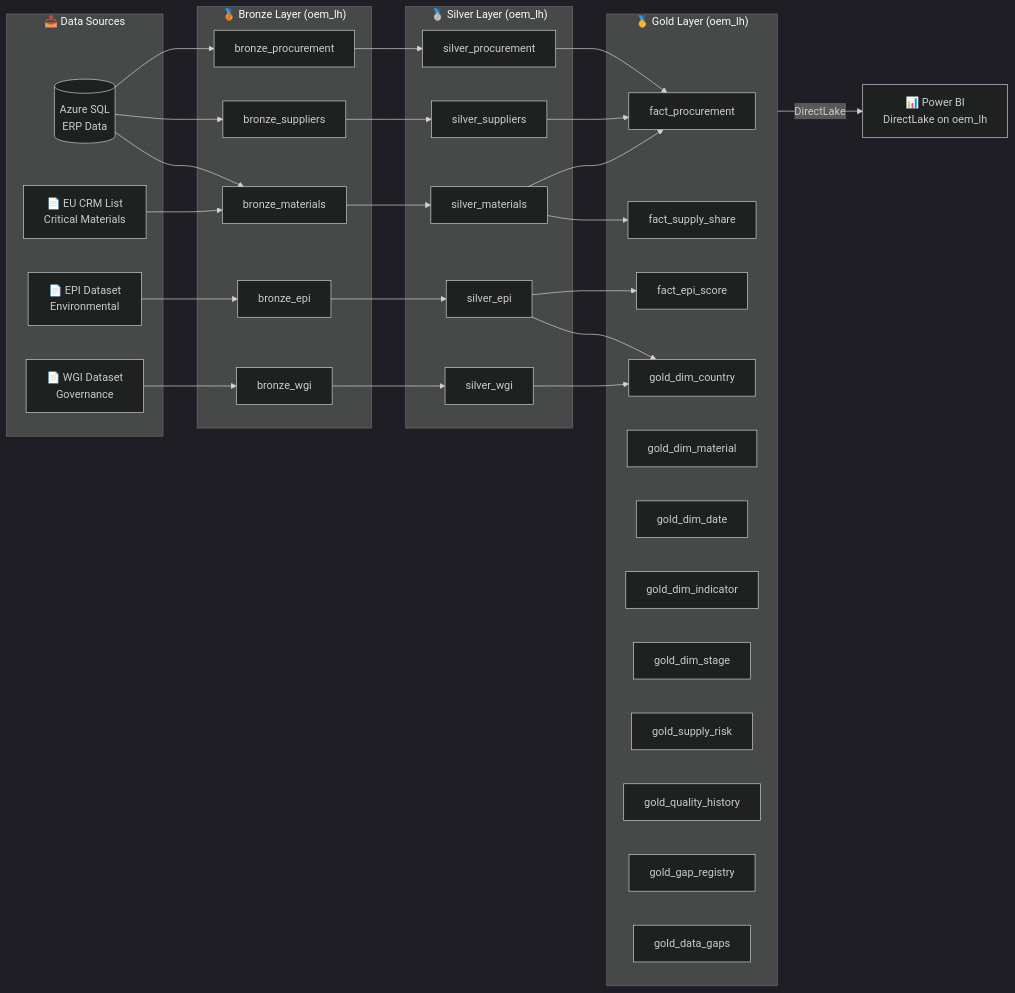
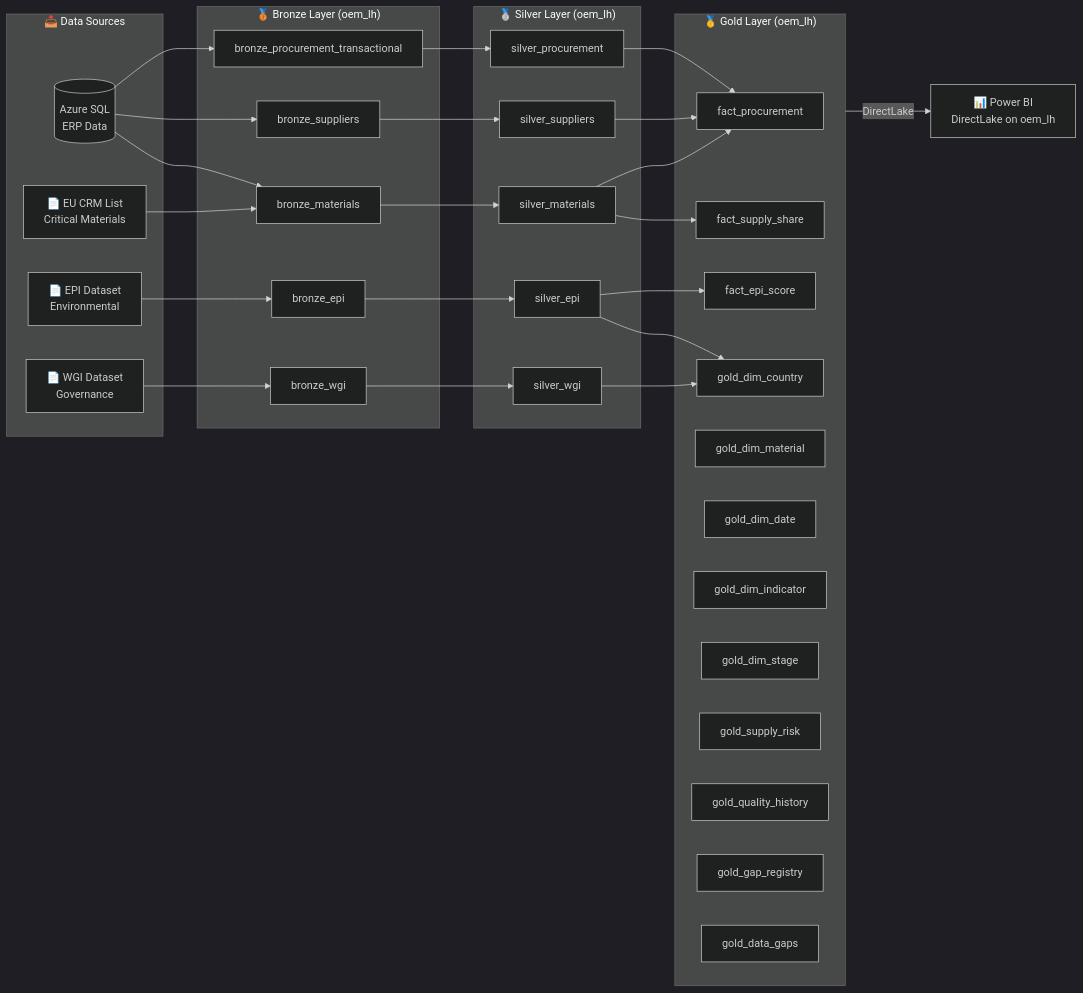
One commit to erikemilsson/OEMMatInsightBI changed the diagram in README.md. Above: the diagram before and after it, drawn with Mermaid (dark theme). The commit also changed 19 other files, not shown here.

````diff
--- a/README.md
+++ b/README.md
@@ -75,58 +75,58 @@
 ```mermaid
 flowchart LR
     subgraph Sources["📥 Data Sources"]
         AZ[(Azure SQL<br/>ERP Data)]
         EPI[📄 EPI Dataset<br/>Environmental]
         WGI[📄 WGI Dataset<br/>Governance]
         CRM[📄 EU CRM List<br/>Critical Materials]
     end
 
     subgraph Bronze["🥉 Bronze Layer (oem_lh)"]
-        B1[bronze_procurement]
+        B1[bronze_procurement_transactional]
         B2[bronze_suppliers]
         B3[bronze_materials]
         B4[bronze_epi]
         B5[bronze_wgi]
     end
 
     subgraph Silver["🥈 Silver Layer (oem_lh)"]
         S1[silver_procurement]
         S2[silver_suppliers]
         S3[silver_materials]
         S4[silver_epi]
         S5[silver_wgi]
     end
 
     subgraph Gold["🥇 Gold Layer (oem_lh)"]
         F1[fact_procurement]
         F2[fact_supply_share]
         F3[fact_epi_score]
         D1[gold_dim_country]
         D2[gold_dim_material]
         D3[gold_dim_date]
         D4[gold_dim_indicator]
         D5[gold_dim_stage]
         SR[gold_supply_risk]
         QH[gold_quality_history]
         GR[gold_gap_registry]
         DG[gold_data_gaps]
     end
 
     AZ --> B1 & B2 & B3
     EPI --> B4
     WGI --> B5
     CRM --> B3
 
     B1 --> S1
     B2 --> S2
     B3 --> S3
     B4 --> S4
     B5 --> S5
 
     S1 & S2 & S3 --> F1
     S3 --> F2
     S4 & S5 --> D1
     S4 --> F3
 
     Gold -->|DirectLake| PBI[📊 Power BI<br/>DirectLake on oem_lh]
 ```
````
